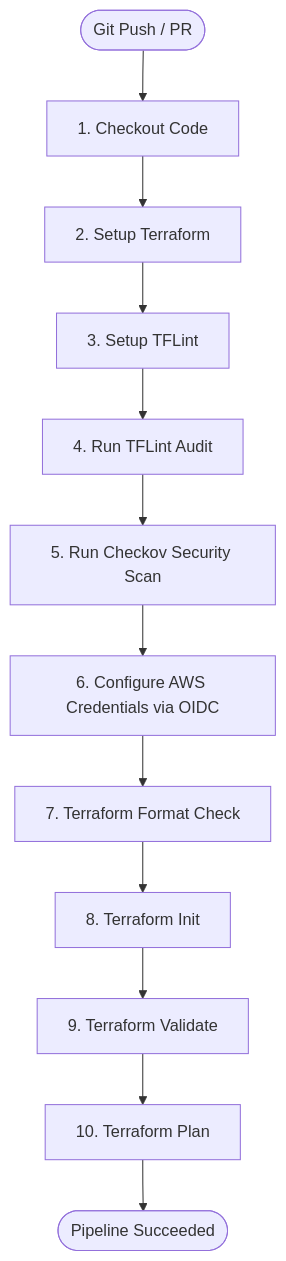
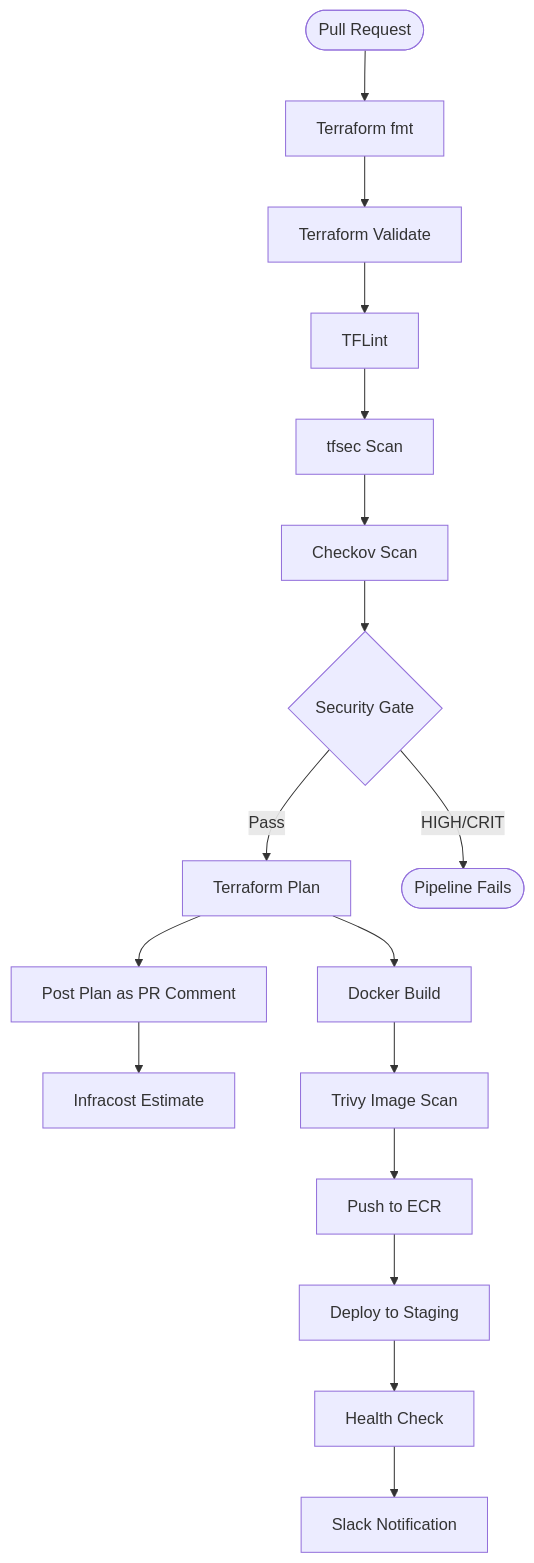
Before and after one commit to useryash01/terraform-aws-multi-region: the third of 4 diagrams in README.md, drawn with Mermaid. The commit also changed other lines of this file and 28 other files, not shown here.

````diff
--- a/README.md
+++ b/README.md
@@ -92,14 +92,19 @@
 ```mermaid
 graph TD
-    Start([Git Push / PR]) --> Checkout[1. Checkout Code]
-    Checkout --> SetupTF[2. Setup Terraform]
-    SetupTF --> SetupTFLint[3. Setup TFLint]
-    SetupTFLint --> RunTFLint[4. Run TFLint Audit]
-    RunTFLint --> RunCheckov[5. Run Checkov Security Scan]
-    RunCheckov --> OIDC[6. Configure AWS Credentials via OIDC]
-    OIDC --> TF_Fmt[7. Terraform Format Check]
-    TF_Fmt --> TF_Init[8. Terraform Init]
-    TF_Init --> TF_Val[9. Terraform Validate]
-    TF_Val --> TF_Plan[10. Terraform Plan]
-    TF_Plan --> End([Pipeline Succeeded])
+    Start([Pull Request]) --> Fmt[Terraform fmt]
+    Fmt --> Validate[Terraform Validate]
+    Validate --> TFLint[TFLint]
+    TFLint --> tfsec[tfsec Scan]
+    tfsec --> Checkov[Checkov Scan]
+    Checkov --> Gate{Security Gate}
+    Gate -->|Pass| Plan[Terraform Plan]
+    Gate -->|HIGH/CRIT| Fail([Pipeline Fails])
+    Plan --> Comment[Post Plan as PR Comment]
+    Comment --> Infracost[Infracost Estimate]
+    Plan --> Build[Docker Build]
+    Build --> Trivy[Trivy Image Scan]
+    Trivy --> Push[Push to ECR]
+    Push --> Staging[Deploy to Staging]
+    Staging --> Health[Health Check]
+    Health --> Notify[Slack Notification]
 ```
````
